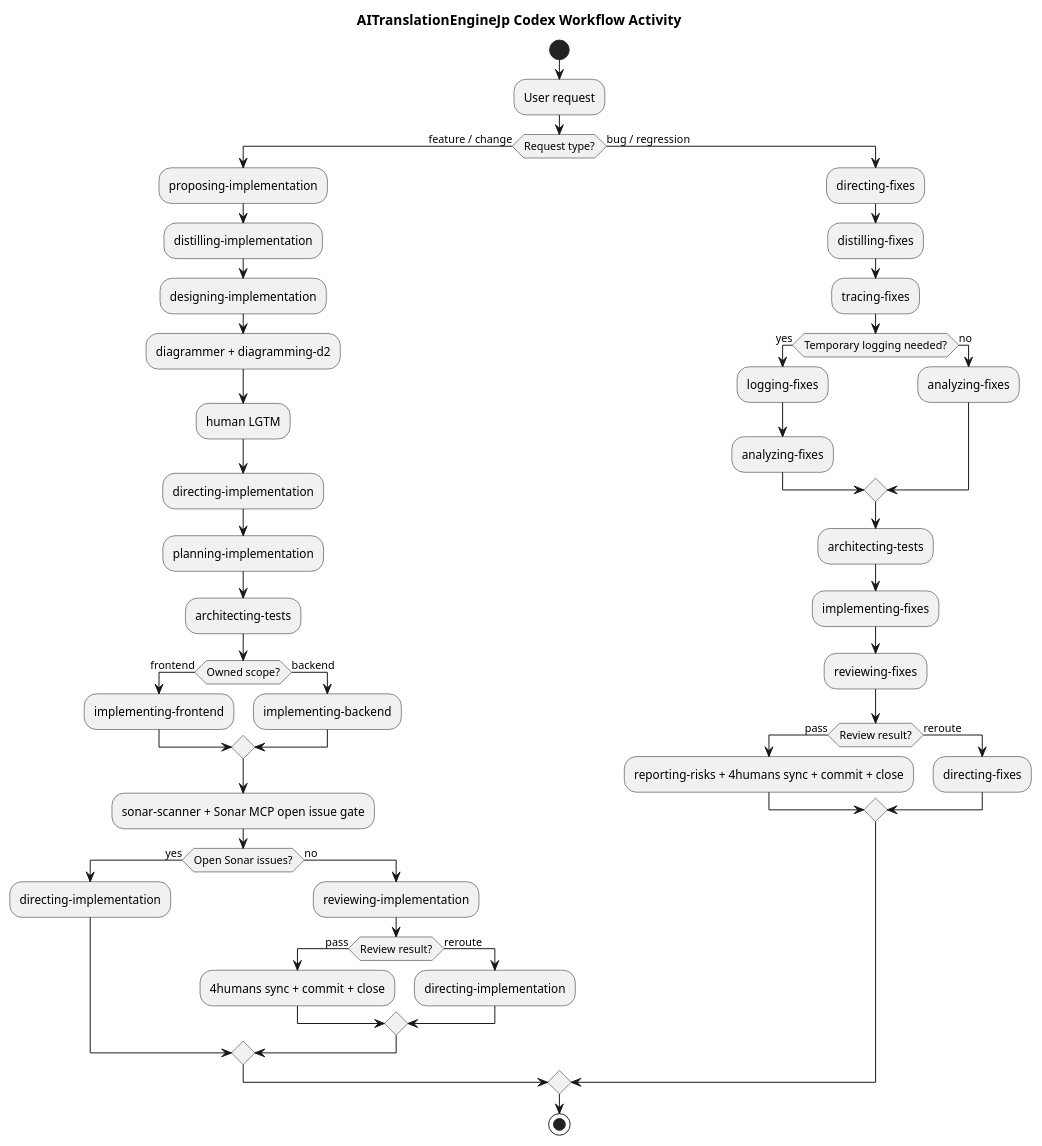
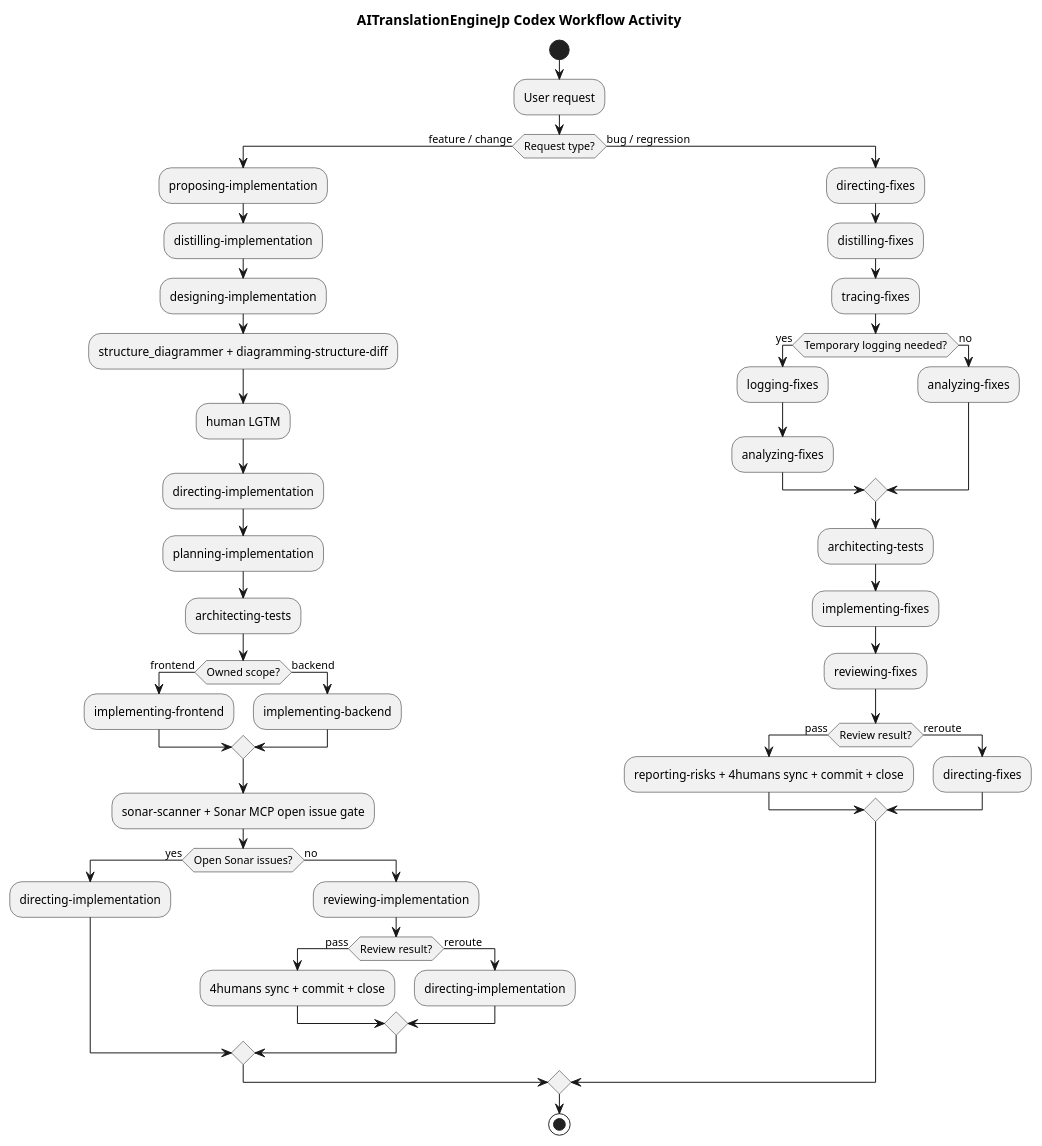
The diagram in .codex/workflow_activity_diagram.puml (ishibata91/AITranslationEngineJP), drawn with PlantUML before and after one commit. The commit also changed 21 other files, not shown here.

```diff
--- a/.codex/workflow_activity_diagram.puml
+++ b/.codex/workflow_activity_diagram.puml
@@ -1,59 +1,59 @@
 @startuml WorkflowActivity
 title AITranslationEngineJp Codex Workflow Activity
 skinparam shadowing false
 skinparam linetype ortho
 
 start
 :User request;
 
 if (Request type?) then (feature / change)
   :proposing-implementation;
   :distilling-implementation;
   :designing-implementation;
-  :diagrammer + diagramming-d2;
+  :structure_diagrammer + diagramming-structure-diff;
   :human LGTM;
   :directing-implementation;
   :planning-implementation;
   :architecting-tests;
 
   if (Owned scope?) then (frontend)
     :implementing-frontend;
   else (backend)
     :implementing-backend;
   endif
 
   :sonar-scanner + Sonar MCP open issue gate;
   if (Open Sonar issues?) then (yes)
     :directing-implementation;
   else (no)
   :reviewing-implementation;
   if (Review result?) then (pass)
     :4humans sync + commit + close;
   else (reroute)
     :directing-implementation;
   endif
   endif
 else (bug / regression)
   :directing-fixes;
   :distilling-fixes;
   :tracing-fixes;
 
   if (Temporary logging needed?) then (yes)
     :logging-fixes;
     :analyzing-fixes;
   else (no)
     :analyzing-fixes;
   endif
 
   :architecting-tests;
   :implementing-fixes;
   :reviewing-fixes;
   if (Review result?) then (pass)
     :reporting-risks + 4humans sync + commit + close;
   else (reroute)
     :directing-fixes;
   endif
 endif
 
 stop
 @enduml
```
